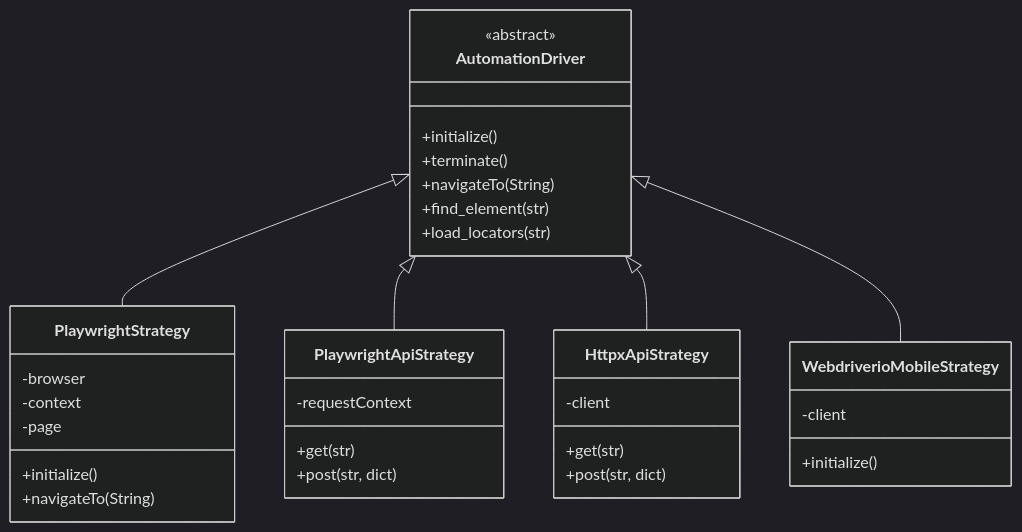
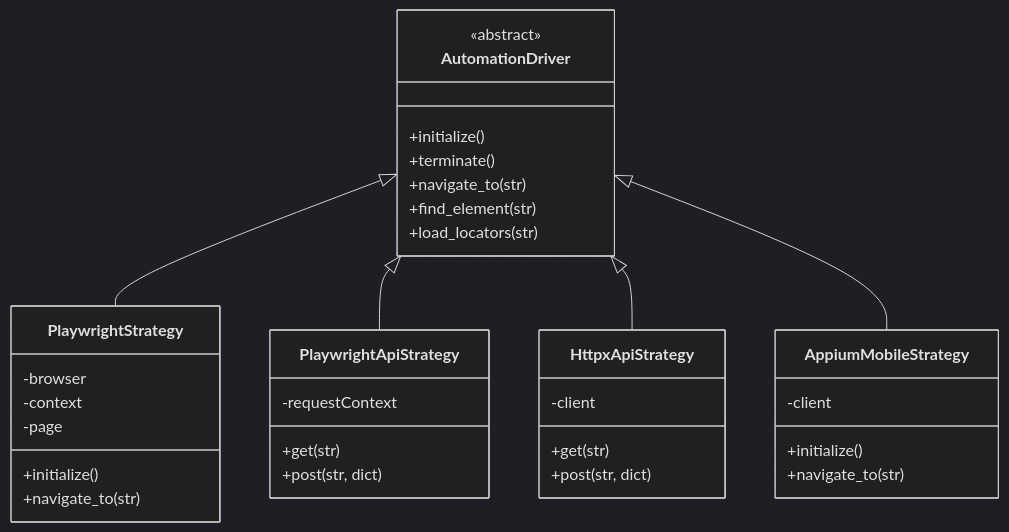
Before and after one commit to vinipx/TAFLEX-PY: the second of 4 diagrams in docs/docs/architecture/overview.md, drawn with Mermaid (dark theme). The commit also changed other lines of this file and 16 other files, not shown here.

````diff
--- a/docs/docs/architecture/overview.md
+++ b/docs/docs/architecture/overview.md
@@ -85,41 +85,42 @@
 ```mermaid
 classDiagram
     class AutomationDriver {
         <<abstract>>
         +initialize()
         +terminate()
-        +navigateTo(String)
+        +navigate_to(str)
         +find_element(str)
         +load_locators(str)
     }
 
     class PlaywrightStrategy {
         -browser
         -context
         -page
         +initialize()
-        +navigateTo(String)
+        +navigate_to(str)
     }
 
     class PlaywrightApiStrategy {
         -requestContext
         +get(str)
         +post(str, dict)
     }
 
-    class WebdriverioMobileStrategy {
+    class AppiumMobileStrategy {
         -client
         +initialize()
+        +navigate_to(str)
     }
 
     class HttpxApiStrategy {
         -client
         +get(str)
         +post(str, dict)
     }
 
     AutomationDriver <|-- PlaywrightStrategy
     AutomationDriver <|-- PlaywrightApiStrategy
     AutomationDriver <|-- HttpxApiStrategy
-    AutomationDriver <|-- WebdriverioMobileStrategy
+    AutomationDriver <|-- AppiumMobileStrategy
 ```
````
